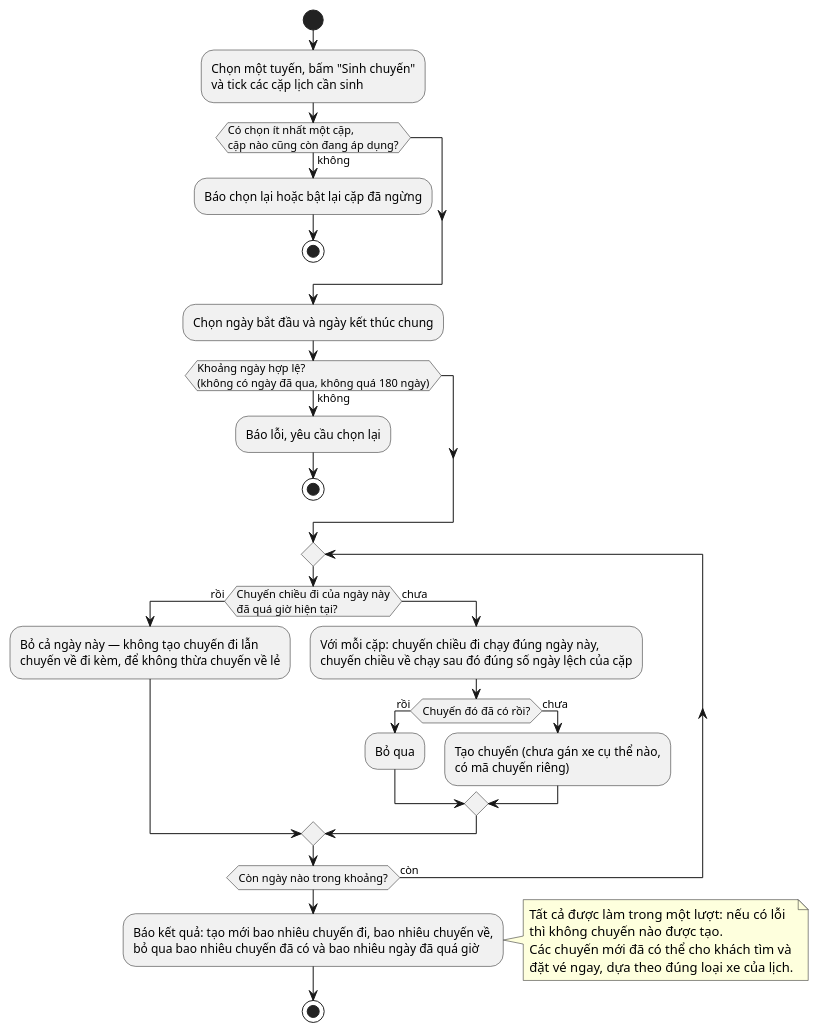
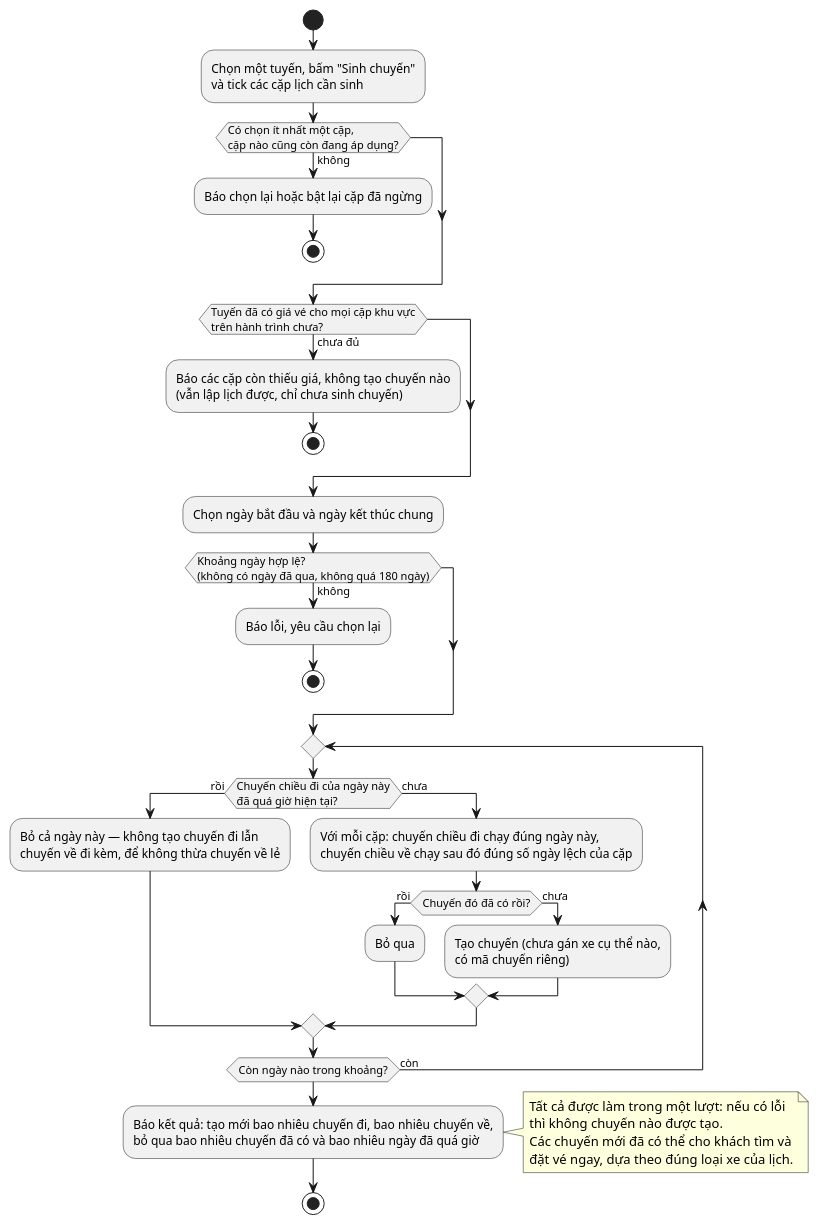
Before and after one commit to nguyenvietanhit19/Project1_HeThongQuanLyNhaXeKhachLienTinh: diagram 22 of 52 in UML_DIAGRAMS.md, drawn with PlantUML. The commit also changed other lines of this file and 13 other files, not shown here.

````diff
--- a/UML_DIAGRAMS.md
+++ b/UML_DIAGRAMS.md
@@ -688,35 +684,39 @@
 ```plantuml
 @startuml AD_UC47_SinhChuyen
 start
 :Chọn một tuyến, bấm "Sinh chuyến"\nvà tick các cặp lịch cần sinh;
 if (Có chọn ít nhất một cặp,\ncặp nào cũng còn đang áp dụng?) then (không)
   :Báo chọn lại hoặc bật lại cặp đã ngừng;
+  stop
+endif
+if (Tuyến đã có giá vé cho mọi cặp khu vực\ntrên hành trình chưa?) then (chưa đủ)
+  :Báo các cặp còn thiếu giá, không tạo chuyến nào\n(vẫn lập lịch được, chỉ chưa sinh chuyến);
   stop
 endif
 :Chọn ngày bắt đầu và ngày kết thúc chung;
 if (Khoảng ngày hợp lệ?\n(không có ngày đã qua, không quá 180 ngày)) then (không)
   :Báo lỗi, yêu cầu chọn lại;
   stop
 endif
 repeat
   if (Chuyến chiều đi của ngày này\nđã quá giờ hiện tại?) then (rồi)
     :Bỏ cả ngày này — không tạo chuyến đi lẫn\nchuyến về đi kèm, để không thừa chuyến về lẻ;
   else (chưa)
     :Với mỗi cặp: chuyến chiều đi chạy đúng ngày này,\nchuyến chiều về chạy sau đó đúng số ngày lệch của cặp;
     if (Chuyến đó đã có rồi?) then (rồi)
       :Bỏ qua;
     else (chưa)
       :Tạo chuyến (chưa gán xe cụ thể nào,\ncó mã chuyến riêng);
     endif
   endif
 repeat while (Còn ngày nào trong khoảng?) is (còn)
 :Báo kết quả: tạo mới bao nhiêu chuyến đi, bao nhiêu chuyến về,\nbỏ qua bao nhiêu chuyến đã có và bao nhiêu ngày đã quá giờ;
 note right
   Tất cả được làm trong một lượt: nếu có lỗi
   thì không chuyến nào được tạo.
   Các chuyến mới đã có thể cho khách tìm và
   đặt vé ngay, dựa theo đúng loại xe của lịch.
 end note
 stop
 @enduml
 ```
````
